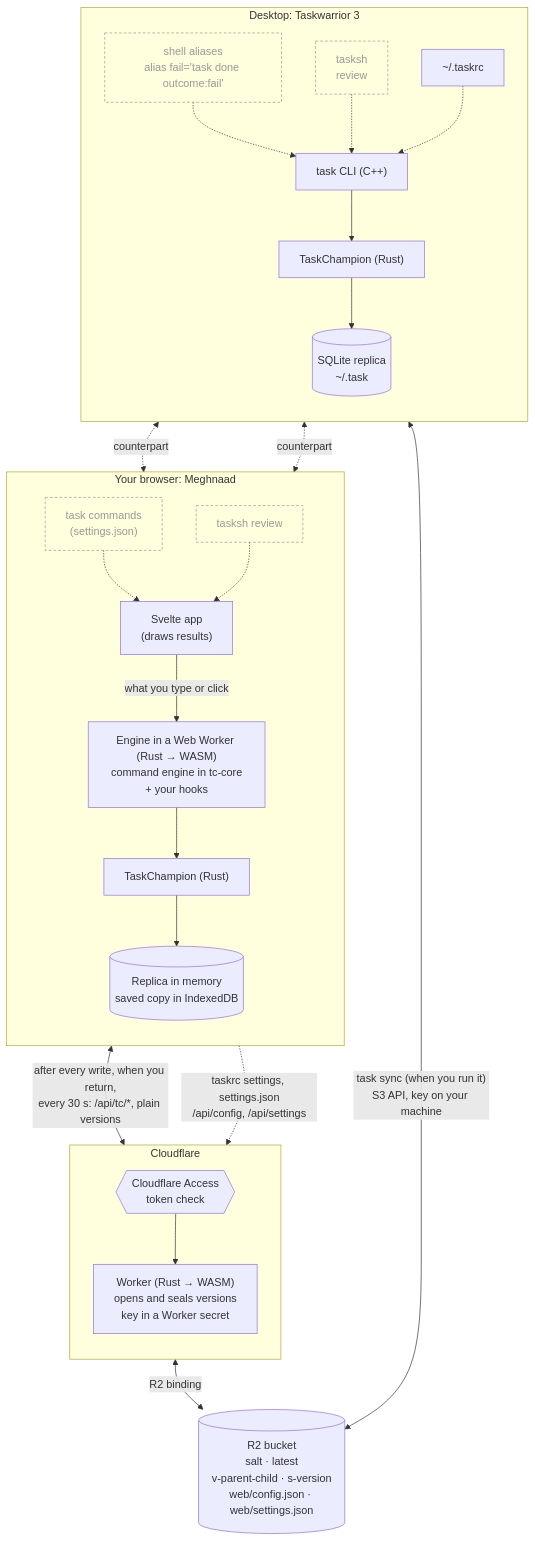
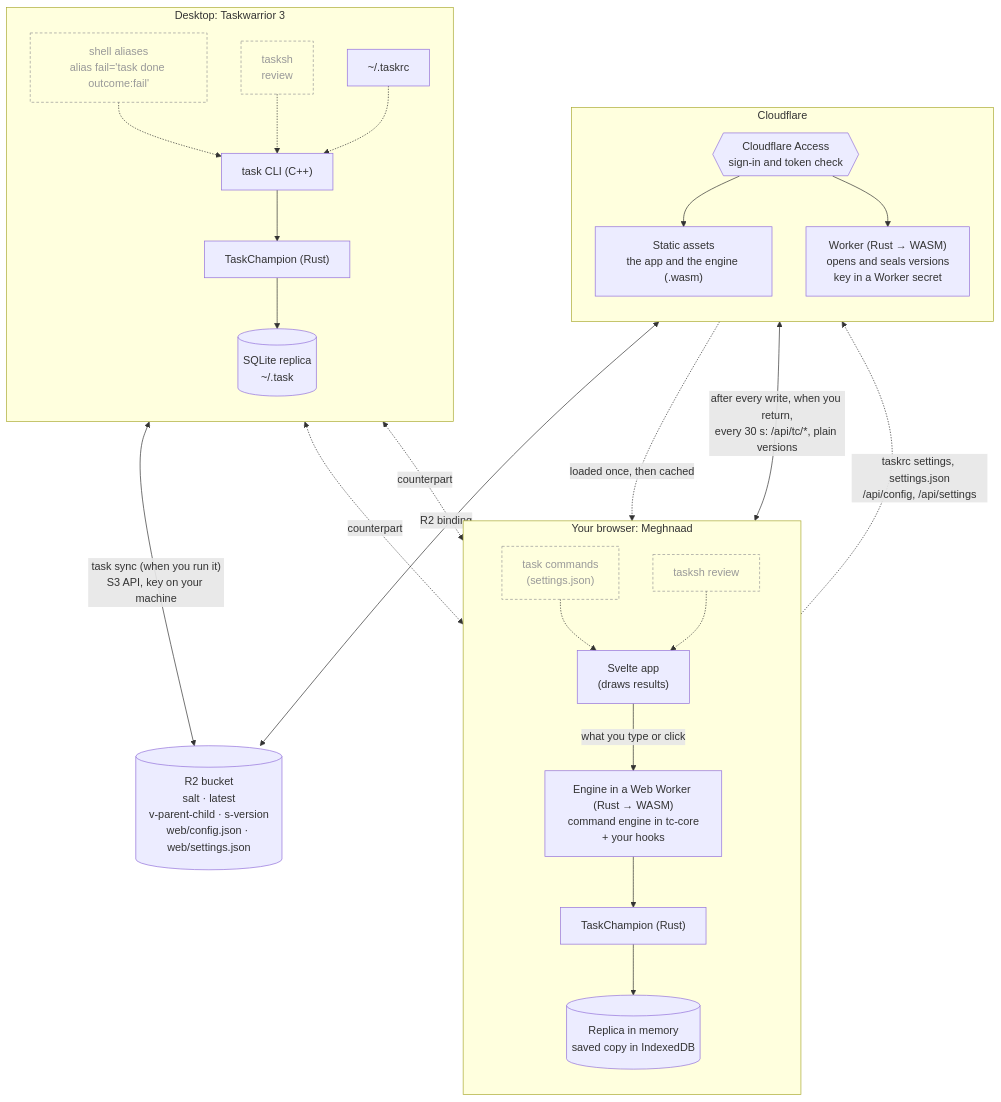
The diagram in README.md (uroybd/Meghnaad), drawn with Mermaid before and after one commit. The commit also changed 1 other file, not shown here.

Commit message:
doc: the architecture diagram shows how the app and the engine reach the browser
Cloudflare serves the app and the engine's .wasm as static assets, behind Access, and the browser loads them once and
keeps them; the diagram now says so. The README and docs/architecture.md still carry the same diagram.

````diff
--- a/README.md
+++ b/README.md
@@ -123,49 +123,52 @@
 ```mermaid
 flowchart TB
   subgraph desktop["Desktop: Taskwarrior 3"]
     direction TB
     sh["shell aliases<br/>alias fail='task done outcome:fail'"]
     tsh["tasksh<br/>review"]
     cli["task CLI (C++)"]
     tcd["TaskChampion (Rust)"]
     db[("SQLite replica<br/>~/.task")]
     rc["~/.taskrc"]
     sh -.-> cli
     tsh -.-> cli
     cli --> tcd --> db
     rc -.-> cli
   end
 
   subgraph web["Your browser: Meghnaad"]
     direction TB
     cmds["task commands<br/>(settings.json)"]
     rev["tasksh review"]
     spa["Svelte app<br/>(draws results)"]
     eng["Engine in a Web Worker (Rust → WASM)<br/>command engine in tc-core<br/>+ your hooks"]
     tcw["TaskChampion (Rust)"]
     mem[("Replica in memory<br/>saved copy in IndexedDB")]
     cmds -.-> spa
     rev -.-> spa
     spa -- "what you type or click" --> eng --> tcw --> mem
   end
 
   subgraph edge["Cloudflare"]
     direction TB
-    access{{"Cloudflare Access<br/>token check"}}
+    access{{"Cloudflare Access<br/>sign-in and token check"}}
+    assets["Static assets<br/>the app and the engine (.wasm)"]
     wk["Worker (Rust → WASM)<br/>opens and seals versions<br/>key in a Worker secret"]
+    access --> assets
     access --> wk
   end
 
   bucket[("R2 bucket<br/>salt · latest<br/>v-parent-child · s-version<br/>web/config.json · web/settings.json")]
 
   tcd <-- "task sync (when you run it)<br/>S3 API, key on your machine" --> bucket
   tcw <-- "after every write, when you return,<br/>every 30 s: /api/tc/*, plain versions" --> access
   spa -. "taskrc settings, settings.json<br/>/api/config, /api/settings" .-> access
   wk <-- "R2 binding" --> bucket
+  assets -. "loaded once, then cached" .-> spa
 
   sh <-. "counterpart" .-> cmds
   tsh <-. "counterpart" .-> rev
 
   classDef ext fill:transparent,stroke:#999,color:#999,stroke-dasharray:4 3
   class sh,tsh,cmds,rev ext
 ```
````
